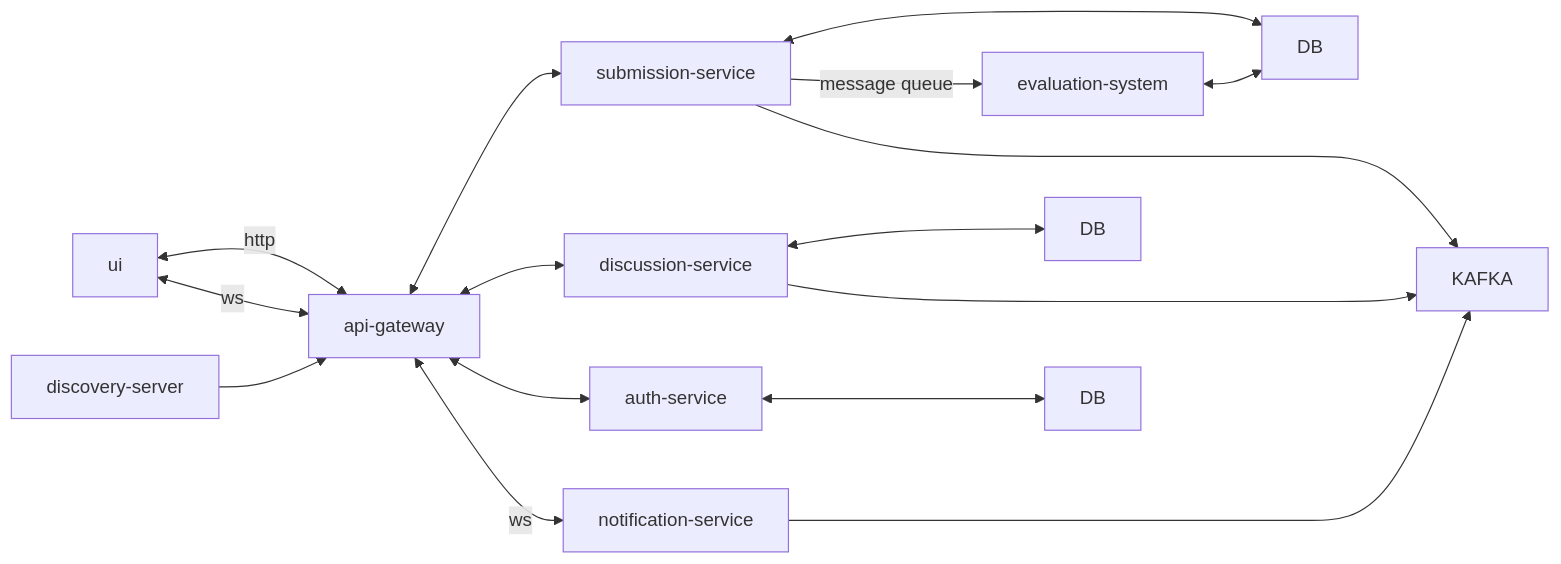
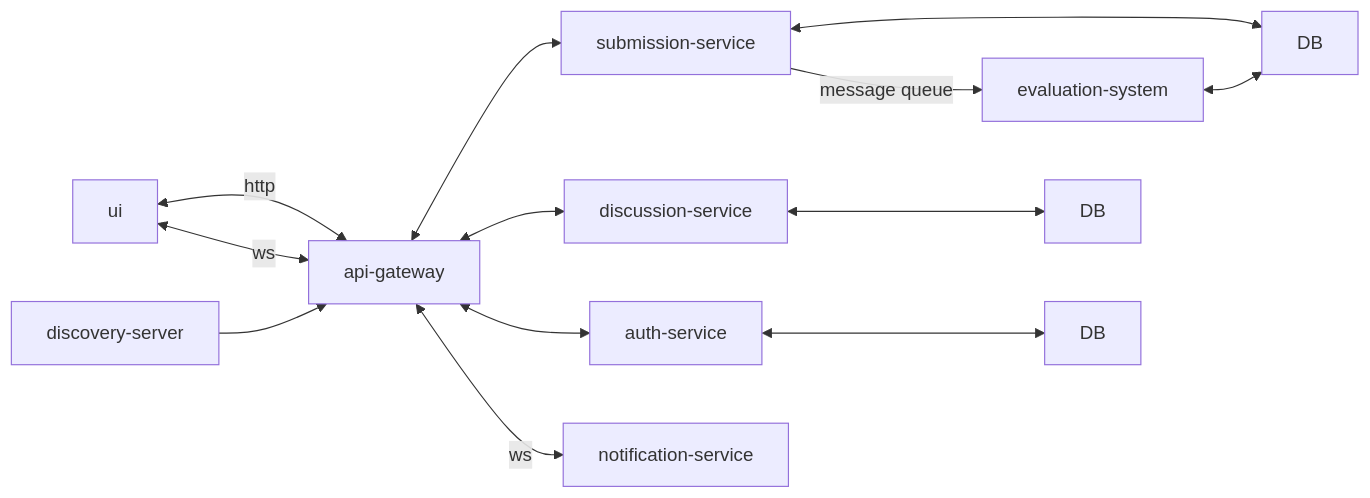
The diagram in README.md (luyenw/cses), drawn with Mermaid before and after one commit.

````diff
--- a/README.md
+++ b/README.md
@@ -2,23 +2,19 @@
 ```mermaid
 graph LR;
     ui<--http-->api-gateway
     ui<--ws-->api-gateway
     api-gateway<-->submission-service;
     api-gateway<-->discussion-service;
     api-gateway<-->auth-service;
     api-gateway<--ws-->notification-service;
     
     discovery-server-->api-gateway;
     auth-service<-->DB3[DB]
     submission-service<-->DB
     evaluation-system<-->DB
     submission-service--message queue-->evaluation-system
     discussion-service<-->DB2[DB]
 
-    submission-service---->KAFKA;
-    discussion-service---->KAFKA;
-    notification-service---->KAFKA;
-
 
 
 ```
````
